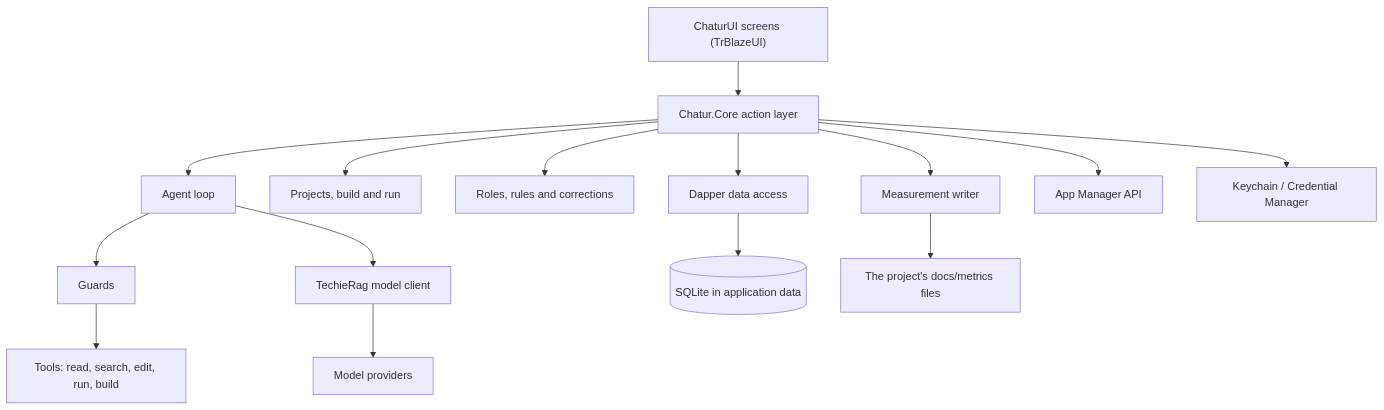
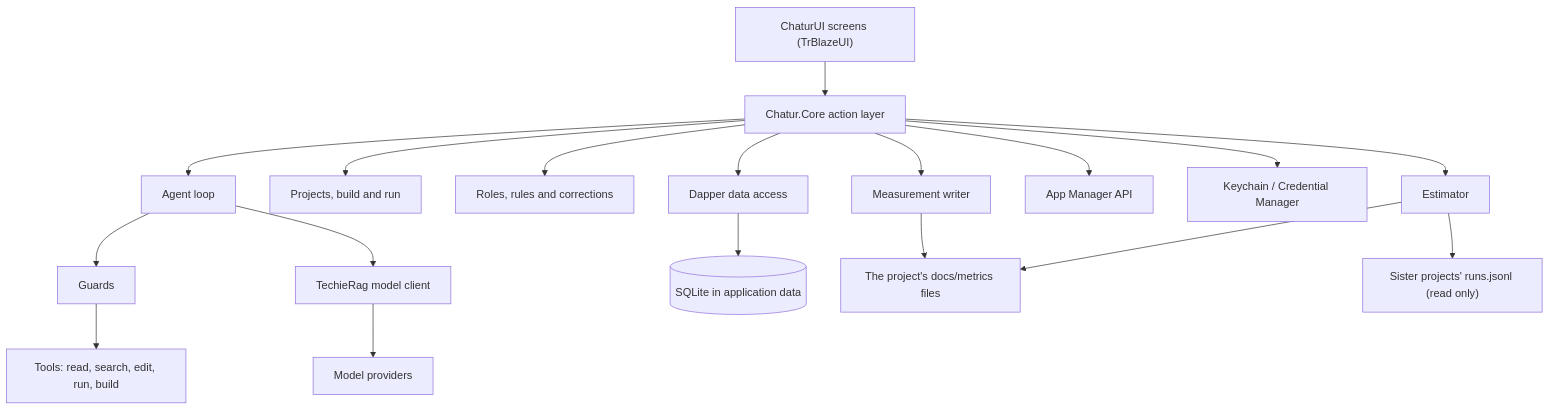
One commit to techierathore/Chatur changed the first of 2 diagrams in docs/Chatur-Architecture.md. Above: the diagram before and after it, drawn with Mermaid. The commit also changed other lines of this file and 263 other files, not shown here.

````diff
--- a/docs/Chatur-Architecture.md
+++ b/docs/Chatur-Architecture.md
@@ -42,17 +42,20 @@
 ```mermaid
 flowchart TB
   UI["ChaturUI screens (TrBlazeUI)"] --> Act["Chatur.Core action layer"]
   Act --> Agent["Agent loop"]
   Act --> Proj["Projects, build and run"]
   Act --> Roles["Roles, rules and corrections"]
   Act --> Metrics["Measurement writer"]
   Agent --> Guards["Guards"]
   Guards --> Tools["Tools: read, search, edit, run, build"]
   Agent --> Rag["TechieRag model client"]
   Rag --> Providers["Model providers"]
   Act --> Data["Dapper data access"]
   Data --> DB[("SQLite in application data")]
   Act --> AM["App Manager API"]
   Act --> Secrets["Keychain / Credential Manager"]
   Metrics --> Files["The project's docs/metrics files"]
+  Act --> Est["Estimator"]
+  Est --> Files
+  Est --> Sister["Sister projects' runs.jsonl (read only)"]
 ```
````
